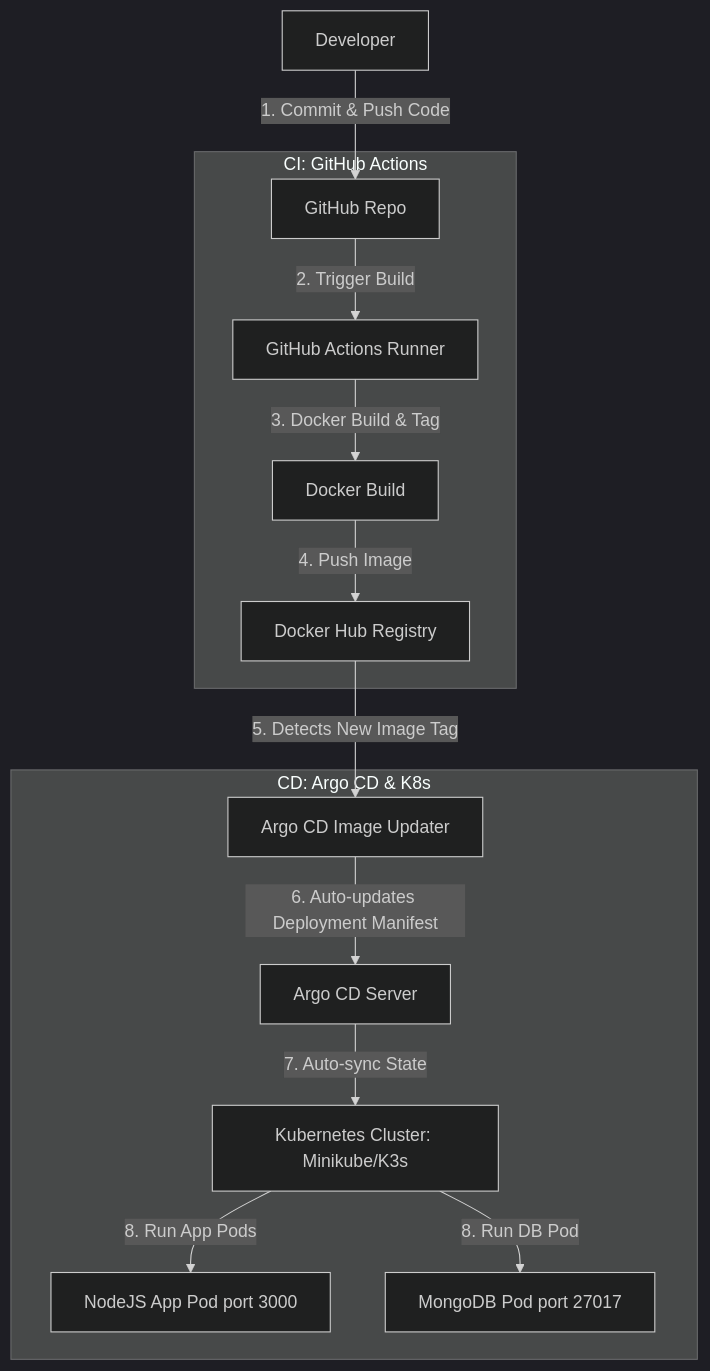
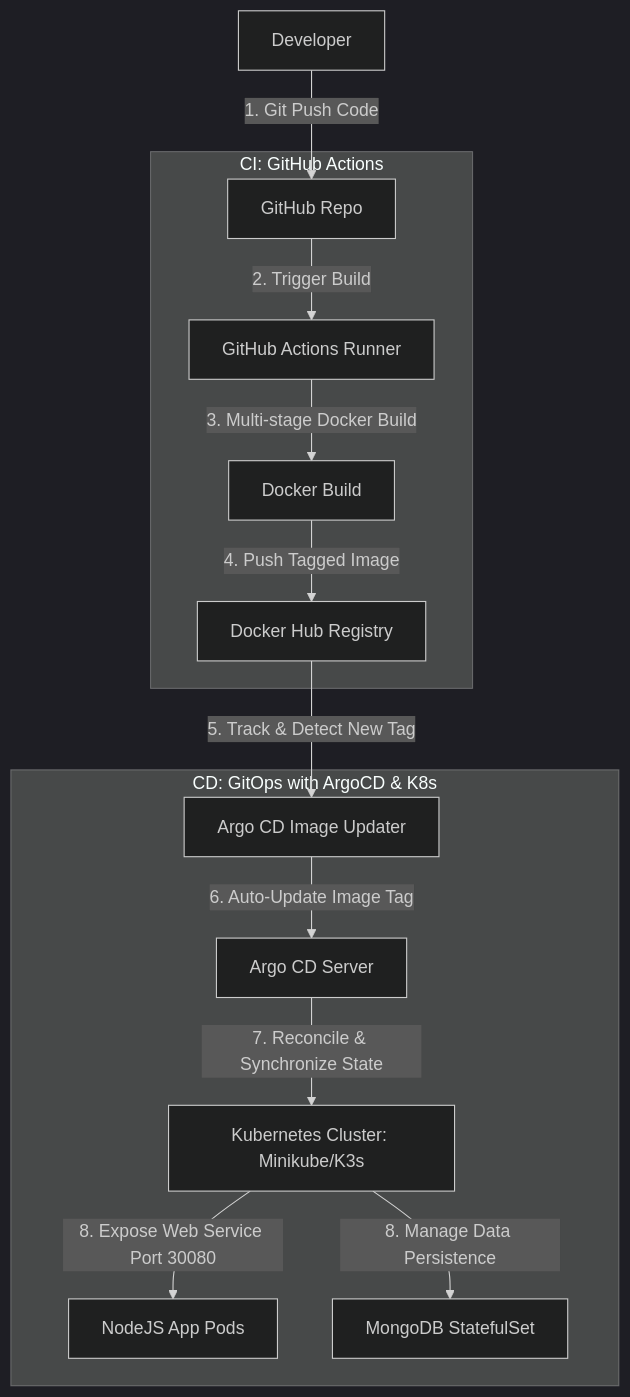
The diagram in README.md (HarshavardhanBhosale/argocd-gitops-pipeline), drawn with Mermaid (dark theme) before and after one commit. The commit also changed other lines of this file, not shown here.

````diff
--- a/README.md
+++ b/README.md
@@ -91,18 +29,18 @@
 ```mermaid
 graph TD
-    Dev[Developer] -->|1. Commit & Push Code| GitHub[GitHub Repo]
+    Dev[Developer] -->|1. Git Push Code| GitHub[GitHub Repo]
     
     subgraph CI: GitHub Actions
         GitHub -->|2. Trigger Build| GHA[GitHub Actions Runner]
-        GHA -->|3. Docker Build & Tag| DockerBuild[Docker Build]
-        DockerBuild -->|4. Push Image| DockerHub[Docker Hub Registry]
+        GHA -->|3. Multi-stage Docker Build| DockerBuild[Docker Build]
+        DockerBuild -->|4. Push Tagged Image| DockerHub[Docker Hub Registry]
     end
     
-    subgraph CD: Argo CD & K8s
-        DockerHub -->|5. Detects New Image Tag| ArgoImageUpdater[Argo CD Image Updater]
-        ArgoImageUpdater -->|6. Auto-updates Deployment Manifest| ArgoCD[Argo CD Server]
-        ArgoCD -->|7. Auto-sync State| K8s[Kubernetes Cluster: Minikube/K3s]
-        K8s -->|8. Run App Pods| NodeShopping[NodeJS App Pod port 3000]
-        K8s -->|8. Run DB Pod| MongoPod[MongoDB Pod port 27017]
+    subgraph CD: GitOps with ArgoCD & K8s
+        DockerHub -->|5. Track & Detect New Tag| ArgoImageUpdater[Argo CD Image Updater]
+        ArgoImageUpdater -->|6. Auto-Update Image Tag| ArgoCD[Argo CD Server]
+        ArgoCD -->|7. Reconcile & Synchronize State| K8s[Kubernetes Cluster: Minikube/K3s]
+        K8s -->|8. Expose Web Service Port 30080| NodeShopping[NodeJS App Pods]
+        K8s -->|8. Manage Data Persistence| MongoPod[MongoDB StatefulSet]
     end
 ```
````
